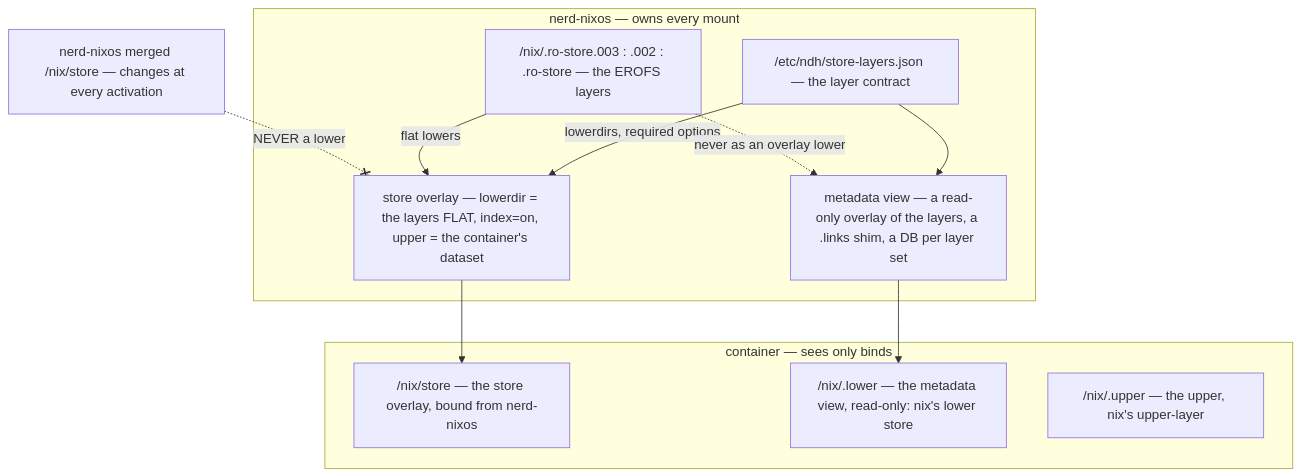
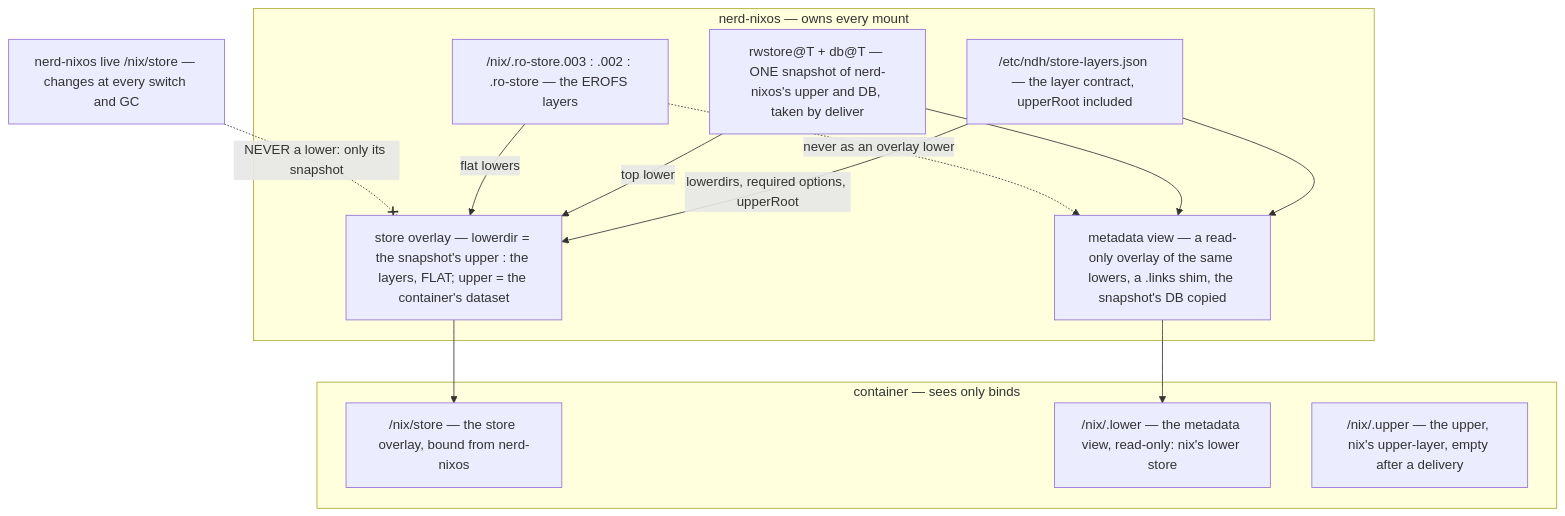
Before and after one commit to seedmatic/ndh: the seventh of 12 diagrams in docs/private-binary-cache-spec.adoc, drawn with Mermaid. The commit also changed other lines of this file, not shown here.

```diff
--- a/docs/private-binary-cache-spec.adoc
+++ b/docs/private-binary-cache-spec.adoc
@@ -1173,23 +1175,26 @@
 [mermaid]
 ....
 flowchart TB
   subgraph C["container — sees only binds"]
     S["/nix/store — the store overlay, bound from nerd-nixos"]
     M["/nix/.lower — the metadata view, read-only: nix's lower store"]
-    U["/nix/.upper — the upper, nix's upper-layer"]
+    U["/nix/.upper — the upper, nix's upper-layer, empty after a delivery"]
   end
   subgraph N["nerd-nixos — owns every mount"]
     E["/nix/.ro-store.003 : .002 : .ro-store — the EROFS layers"]
-    J["/etc/ndh/store-layers.json — the layer contract"]
-    O["store overlay — lowerdir = the layers FLAT, index=on, upper = the container's dataset"]
-    V["metadata view — a read-only overlay of the layers, a .links shim, a DB per layer set"]
+    J["/etc/ndh/store-layers.json — the layer contract, upperRoot included"]
+    Z["rwstore@T + db@T — ONE snapshot of nerd-nixos's upper and DB, taken by deliver"]
+    O["store overlay — lowerdir = the snapshot's upper : the layers, FLAT; upper = the container's dataset"]
+    V["metadata view — a read-only overlay of the same lowers, a .links shim, the snapshot's DB copied"]
   end
-  J -- "lowerdirs, required options" --> O
+  J -- "lowerdirs, required options, upperRoot" --> O
   J --> V
+  Z -- "top lower" --> O
   E -- "flat lowers" --> O
+  Z --> V
   E -. "never as an overlay lower" .-> V
   O --> S
   V --> M
-  X["nerd-nixos merged /nix/store — changes at every activation"]
-  X -. "NEVER a lower" .-x O
+  X["nerd-nixos live /nix/store — changes at every switch and GC"]
+  X -. "NEVER a lower: only its snapshot" .-x O
 ....
```
